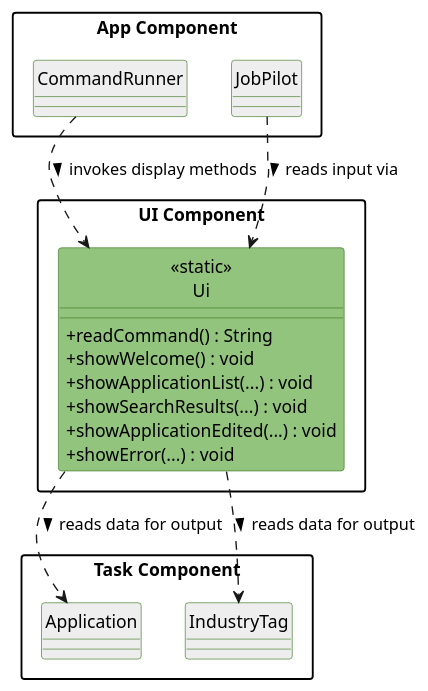
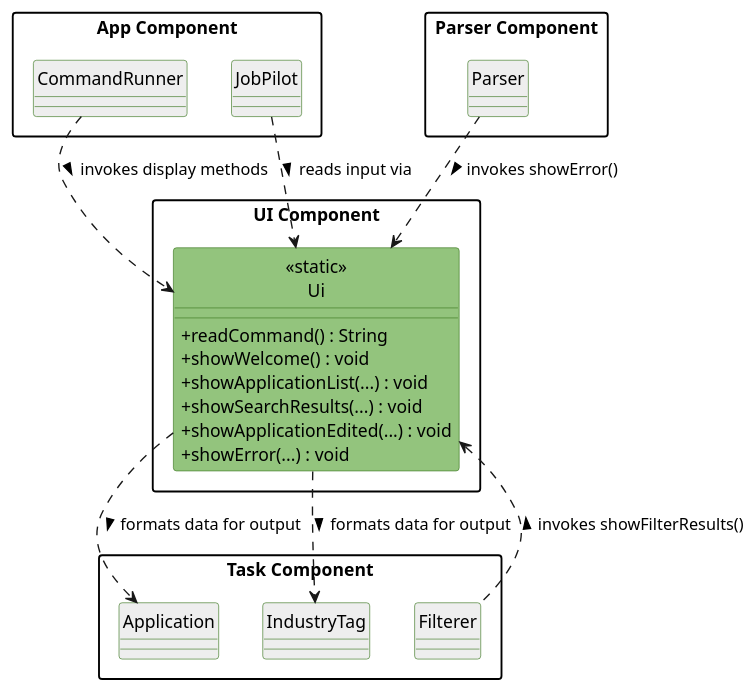
Before and after one commit to AY2526S2-CS2113-W13-3/tp: the diagram in docs/diagrams/component-ui/ui-class.puml, drawn with PlantUML. The commit also changed 8 other files, not shown here.

Commit message:
Update PlantUML diagrams and DG

```diff
--- a/docs/diagrams/component-ui/ui-class.puml
+++ b/docs/diagrams/component-ui/ui-class.puml
@@ -1,37 +1,47 @@
 @startuml
 skinparam packageStyle rectangle
 skinparam componentStyle rectangle
 skinparam ClassBackgroundColor #93C47D
 skinparam ClassBorderColor #38761D
 skinparam DefaultTextAlignment center
 hide circle
 skinparam arrowThickness 1.1
 skinparam classAttributeIconSize 0
 
 package "UI Component" {
     class "«static»\nUi" as Ui {
         + readCommand() : String
         + showWelcome() : void
         + showApplicationList(...) : void
         + showSearchResults(...) : void
         + showApplicationEdited(...) : void
         + showError(...) : void
     }
 }
 
-package "App Component" as Logic #FFFFFF {
+package "App Component" as AppLogic #FFFFFF {
     class "CommandRunner" as CommandRunner #EEEEEE
     class "JobPilot" as JobPilot #EEEEEE
+}
+
+package "Parser Component" as ParserLogic #FFFFFF {
+    class "Parser" as Parser #EEEEEE
 }
 
 package "Task Component" as Model #FFFFFF {
     class "Application" as Application #EEEEEE
     class "IndustryTag" as IndustryTag #EEEEEE
+    class "Filterer" as Filterer #EEEEEE
 }
 
+' Incoming dependencies to UI
 JobPilot .down.> Ui : reads input via >
 CommandRunner .right.> Ui : invokes display methods >
-Ui .down.> Application : reads data for output >
-Ui .down.> IndustryTag : reads data for output >
+Parser .down.> Ui : invokes showError() >
+Filterer .up.> Ui : invokes showFilterResults() >
+
+' Outgoing dependencies from UI
+Ui .down.> Application : formats data for output >
+Ui .down.> IndustryTag : formats data for output >
 
 @enduml
```
